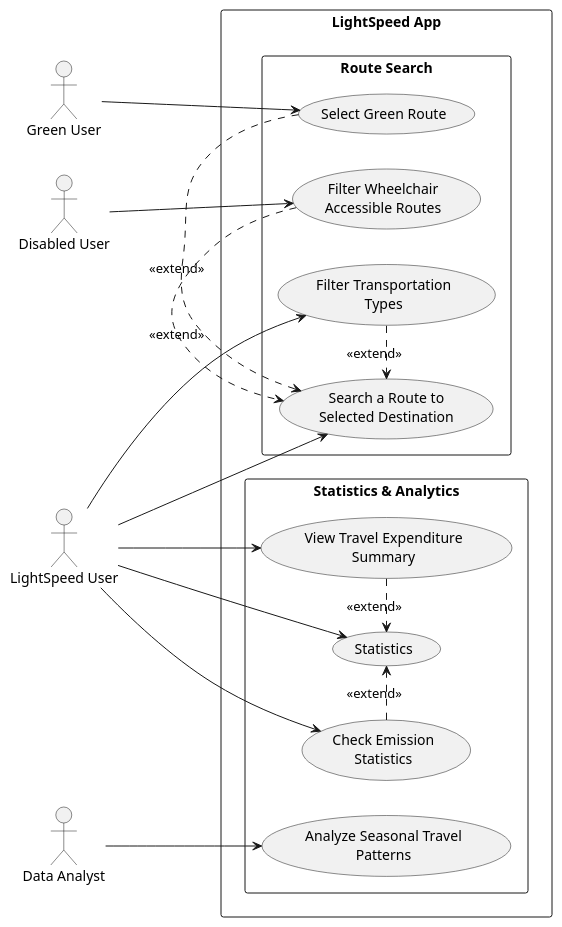
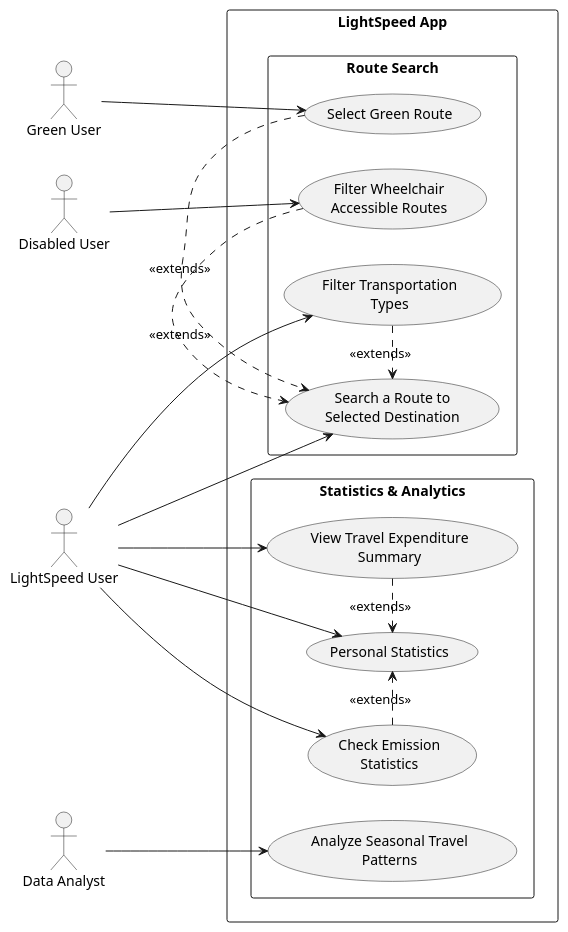
The diagram in UseCase_UML_(PlantUML_script).puml (JaromirProchazka/SoftwareEngeneeringExampleLightspeedLS), drawn with PlantUML before and after one commit. The commit also changed 1 other file, not shown here.

Commit message:
Fixed extend -> extends in UML Dia

```diff
--- a/UseCase_UML_(PlantUML_script).puml
+++ b/UseCase_UML_(PlantUML_script).puml
@@ -1,44 +1,44 @@
 @startuml
 left to right direction
 skinparam packageStyle rectangle
 
 actor "Green User"             as GreenU
 actor "Disabled User"          as DisabledUser
 actor "LightSpeed User"        as User
 actor "Data Analyst"           as Analyst
 
 rectangle "LightSpeed App" {
   
   package "Route Search" {
     usecase "Search a Route to\nSelected Destination"         as UC_Search
     usecase "Filter Transportation\nTypes"                    as UC_FilterTransport
     usecase "Select Green Route"                              as UC_Green
     usecase "Filter Wheelchair\nAccessible Routes"            as UC_Wheel
 
-    UC_FilterTransport .> UC_Search : <<extend>>
-    UC_Green            .> UC_Search : <<extend>>
-    UC_Wheel            .> UC_Search : <<extend>>
+    UC_FilterTransport .> UC_Search : <<extends>>
+    UC_Green            .> UC_Search : <<extends>>
+    UC_Wheel            .> UC_Search : <<extends>>
   }
 
   package "Statistics & Analytics" {
     usecase "View Travel Expenditure\nSummary"                as UC_Expenditure
-    usecase "Statistics"                                      as Stat
+    usecase "Personal Statistics"                                      as Stat
     usecase "Check Emission\nStatistics"                      as UC_Emissions
     usecase "Analyze Seasonal Travel\nPatterns"               as UC_Seasonal
 
-    UC_Expenditure .> Stat : <<extend>>
-    UC_Emissions .> Stat : <<extend>>
+    UC_Expenditure .> Stat : <<extends>>
+    UC_Emissions .> Stat : <<extends>>
   }
 }
 
 ' Actor→UseCase links
 User          --> UC_Search
 User          --> UC_Expenditure
 User          --> Stat
 User          --> UC_Emissions
 User          --> UC_FilterTransport
 GreenU         --> UC_Green
 DisabledUser  --> UC_Wheel
 Analyst       --> UC_Seasonal
 
 @enduml
```
